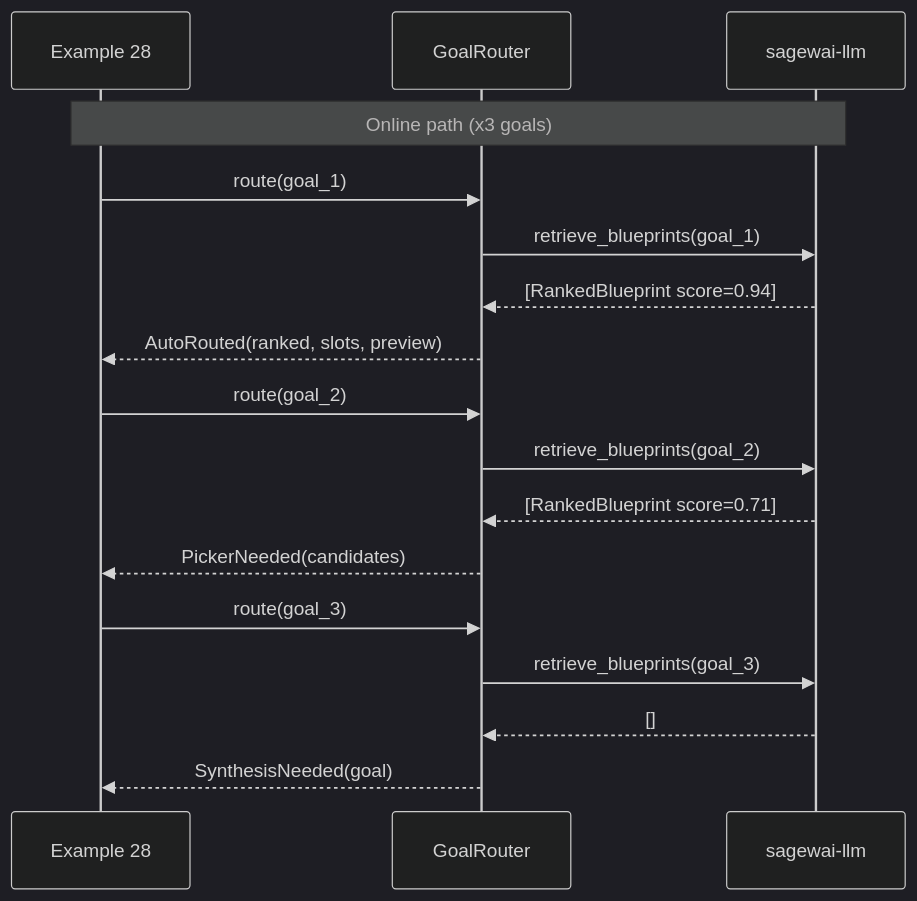
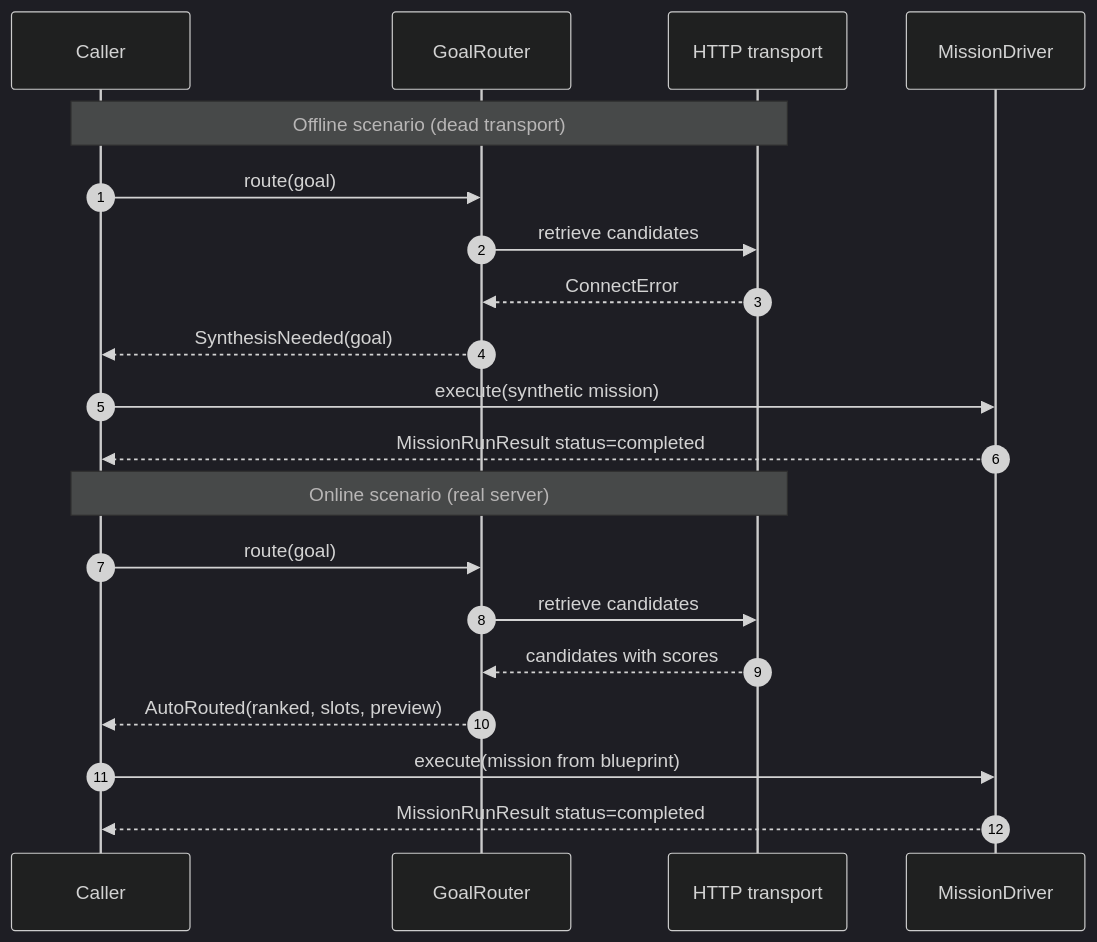
The second of 2 diagrams in packages/sdk/sagewai/examples/28_autopilot_quickstart.md (sagewai/platform), drawn with Mermaid (dark theme) before and after one commit. The commit also changed other lines of this file and 8 other files, not shown here.

````diff
--- a/packages/sdk/sagewai/examples/28_autopilot_quickstart.md
+++ b/packages/sdk/sagewai/examples/28_autopilot_quickstart.md
@@ -41,22 +61,24 @@
 ```mermaid
 sequenceDiagram
-    participant Ex as Example 28
+    autonumber
+    participant Caller
     participant Router as GoalRouter
-    participant Svc as sagewai-llm
+    participant Transport as HTTP transport
+    participant Driver as MissionDriver
 
-    Note over Ex,Svc: Online path (x3 goals)
-    Ex->>Router: route(goal_1)
-    Router->>Svc: retrieve_blueprints(goal_1)
-    Svc-->>Router: [RankedBlueprint score=0.94]
-    Router-->>Ex: AutoRouted(ranked, slots, preview)
+    note over Caller,Transport: Offline scenario (dead transport)
+    Caller->>Router: route(goal)
+    Router->>Transport: retrieve candidates
+    Transport-->>Router: ConnectError
+    Router-->>Caller: SynthesisNeeded(goal)
+    Caller->>Driver: execute(synthetic mission)
+    Driver-->>Caller: MissionRunResult status=completed
 
-    Ex->>Router: route(goal_2)
-    Router->>Svc: retrieve_blueprints(goal_2)
-    Svc-->>Router: [RankedBlueprint score=0.71]
-    Router-->>Ex: PickerNeeded(candidates)
-
-    Ex->>Router: route(goal_3)
-    Router->>Svc: retrieve_blueprints(goal_3)
-    Svc-->>Router: []
-    Router-->>Ex: SynthesisNeeded(goal)
+    note over Caller,Transport: Online scenario (real server)
+    Caller->>Router: route(goal)
+    Router->>Transport: retrieve candidates
+    Transport-->>Router: candidates with scores
+    Router-->>Caller: AutoRouted(ranked, slots, preview)
+    Caller->>Driver: execute(mission from blueprint)
+    Driver-->>Caller: MissionRunResult status=completed
 ```
````
